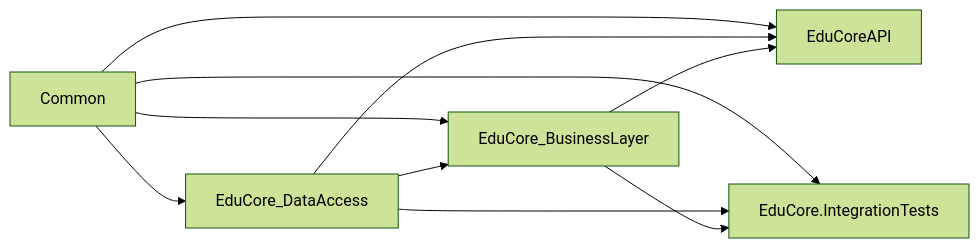
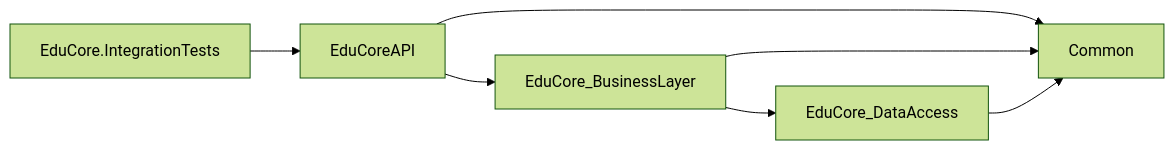
One commit to el-Sharif-suhiam/EduCore changed the first of 5 diagrams in docs/system-guide/01-architecture.md. Above: the diagram before and after it, drawn with Mermaid (forest theme). The commit also changed other lines of this file and 7 other files, not shown here.

Commit message:
architecture: enforce layer communication boundaries, correct architecture docs, add agent.md rule

````diff
--- a/docs/system-guide/01-architecture.md
+++ b/docs/system-guide/01-architecture.md
@@ -33,12 +44,9 @@
 ```mermaid
 graph LR
-  Common --> DataAccess[EduCore_DataAccess]
-  Common --> Business[EduCore_BusinessLayer]
-  DataAccess --> Business
-  Common --> API[EduCoreAPI]
-  DataAccess --> API
-  Business --> API
-  Common --> Tests[EduCore.IntegrationTests]
-  DataAccess --> Tests
-  Business --> Tests
+  API[EduCoreAPI] --> Business[EduCore_BusinessLayer]
+  API --> Common
+  Business --> DataAccess[EduCore_DataAccess]
+  Business --> Common
+  DataAccess --> Common
+  Tests[EduCore.IntegrationTests] --> API
 ```
````
